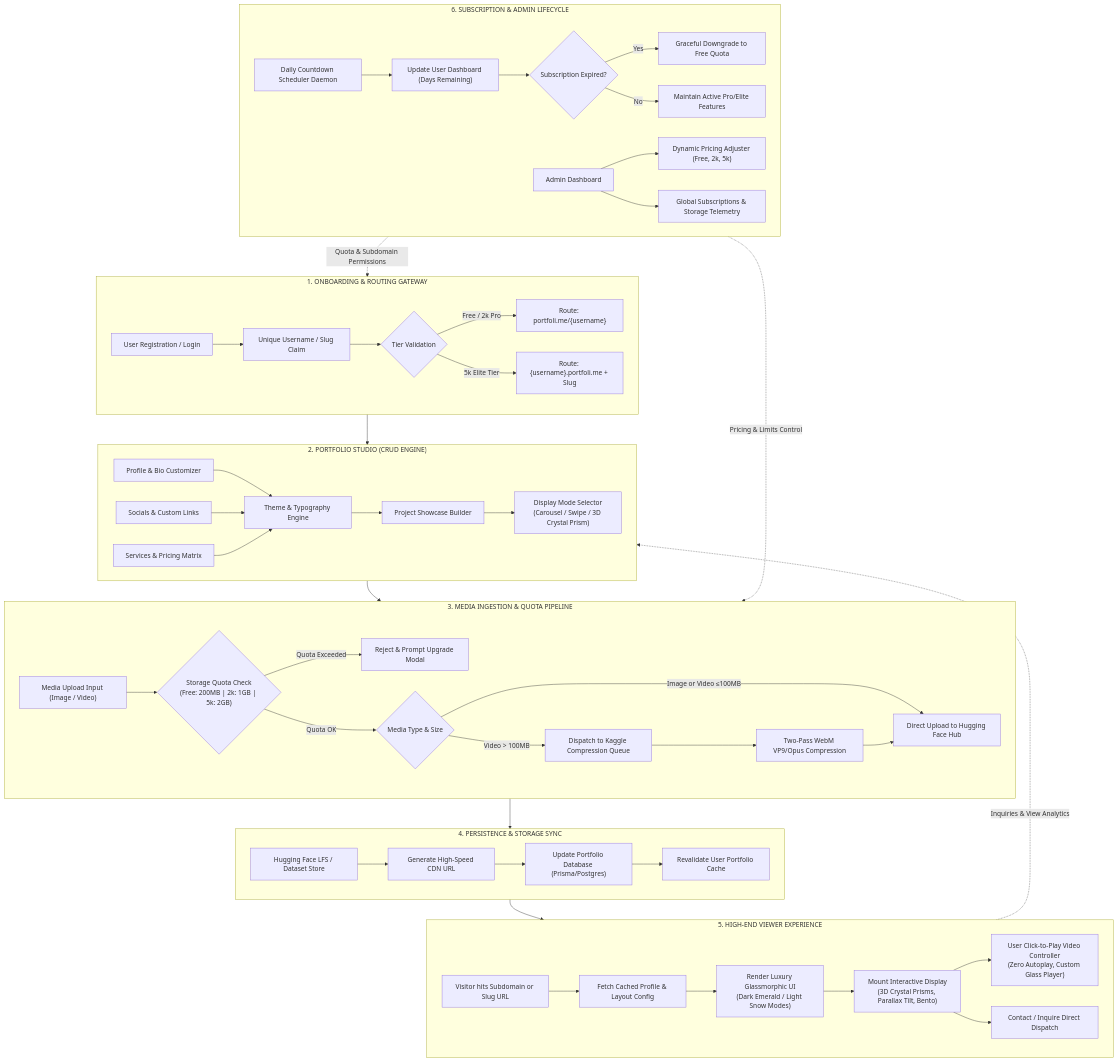
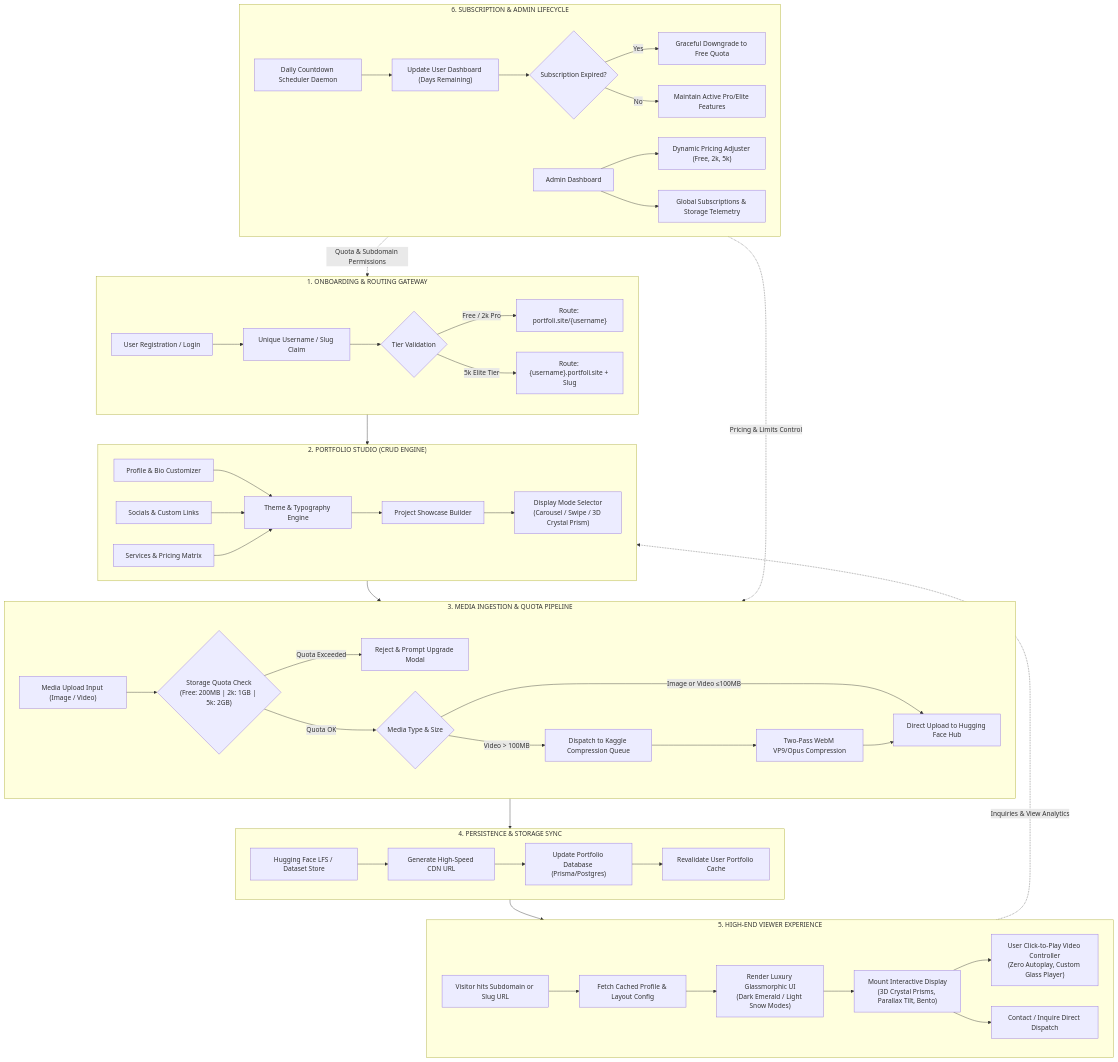
The diagram in README.md (Airpyk-98/portfoli-luxury), drawn with Mermaid before and after one commit. The commit also changed other lines of this file and 73 other files, not shown here.

Commit message:
chore: migrate portfoli.me to portfoli.site + auto-activate subdomain on payment + V4 OAuth verify

````diff
--- a/README.md
+++ b/README.md
@@ -30,58 +30,58 @@
 ```mermaid
 flowchart TD
     subgraph STAGE1 ["1. ONBOARDING & ROUTING GATEWAY"]
         A1["User Registration / Login"] --> A2["Unique Username / Slug Claim"]
         A2 --> A3{"Tier Validation"}
-        A3 -->|Free / 2k Pro| A4["Route: portfoli.me/{username}"]
-        A3 -->|5k Elite Tier| A5["Route: {username}.portfoli.me + Slug"]
+        A3 -->|Free / 2k Pro| A4["Route: portfoli.site/{username}"]
+        A3 -->|5k Elite Tier| A5["Route: {username}.portfoli.site + Slug"]
     end
 
     subgraph STAGE2 ["2. PORTFOLIO STUDIO (CRUD ENGINE)"]
         B1["Profile & Bio Customizer"] --> B4["Theme & Typography Engine"]
         B2["Socials & Custom Links"] --> B4
         B3["Services & Pricing Matrix"] --> B4
         B4 --> B5["Project Showcase Builder"]
         B5 --> B6["Display Mode Selector\n(Carousel / Swipe / 3D Crystal Prism)"]
     end
 
     subgraph STAGE3 ["3. MEDIA INGESTION & QUOTA PIPELINE"]
         C1["Media Upload Input (Image / Video)"] --> C2{"Storage Quota Check\n(Free: 200MB | 2k: 1GB | 5k: 2GB)"}
         C2 -->|Quota Exceeded| C3["Reject & Prompt Upgrade Modal"]
         C2 -->|Quota OK| C4{"Media Type & Size"}
         C4 -->|Image or Video ≤100MB| C5["Direct Upload to Hugging Face Hub"]
         C4 -->|Video > 100MB| C6["Dispatch to Kaggle Compression Queue"]
         C6 --> C7["Two-Pass WebM VP9/Opus Compression"]
         C7 --> C5
     end
 
     subgraph STAGE4 ["4. PERSISTENCE & STORAGE SYNC"]
         D1["Hugging Face LFS / Dataset Store"] --> D2["Generate High-Speed CDN URL"]
         D2 --> D3["Update Portfolio Database (Prisma/Postgres)"]
         D3 --> D4["Revalidate User Portfolio Cache"]
     end
 
     subgraph STAGE5 ["5. HIGH-END VIEWER EXPERIENCE"]
         E1["Visitor hits Subdomain or Slug URL"] --> E2["Fetch Cached Profile & Layout Config"]
         E2 --> E3["Render Luxury Glassmorphic UI\n(Dark Emerald / Light Snow Modes)"]
         E3 --> E4["Mount Interactive Display\n(3D Crystal Prisms, Parallax Tilt, Bento)"]
         E4 --> E5["User Click-to-Play Video Controller\n(Zero Autoplay, Custom Glass Player)"]
         E4 --> E6["Contact / Inquire Direct Dispatch"]
     end
 
     subgraph STAGE6 ["6. SUBSCRIPTION & ADMIN LIFECYCLE"]
         F1["Daily Countdown Scheduler Daemon"] --> F2["Update User Dashboard (Days Remaining)"]
         F2 --> F3{"Subscription Expired?"}
         F3 -->|Yes| F4["Graceful Downgrade to Free Quota"]
         F3 -->|No| F5["Maintain Active Pro/Elite Features"]
         F6["Admin Dashboard"] --> F7["Dynamic Pricing Adjuster (Free, 2k, 5k)"]
         F6 --> F8["Global Subscriptions & Storage Telemetry"]
     end
 
     STAGE1 --> STAGE2
     STAGE2 --> STAGE3
     STAGE3 --> STAGE4
     STAGE4 --> STAGE5
     STAGE5 -.->|Inquiries & View Analytics| STAGE2
     STAGE6 -.->|Quota & Subdomain Permissions| STAGE1
     STAGE6 -.->|Pricing & Limits Control| STAGE3
 ```
````
